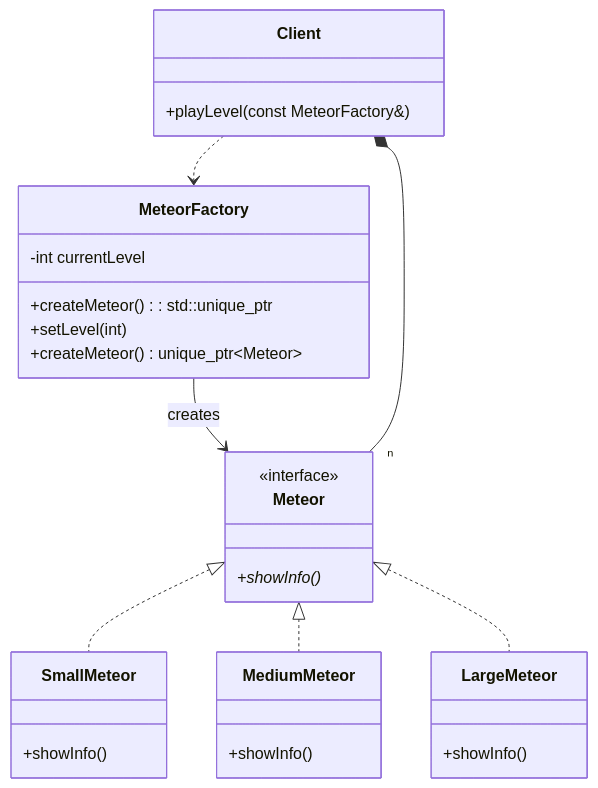
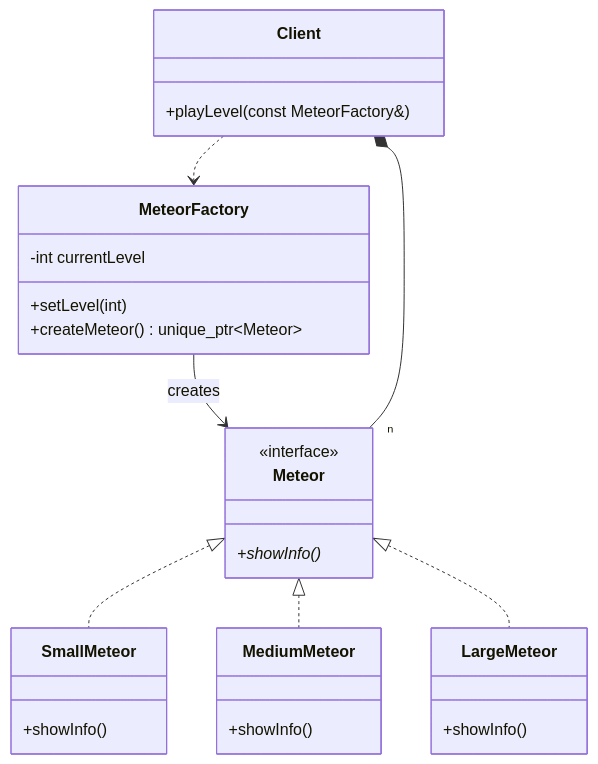
Before and after one commit to Cichlidfishexigency721/Modern-CPP-Design-Patterns: the diagram in 02_FactoryMethod/SimpleFactoryMethod/diagram.md, drawn with Mermaid.

Commit message:
UML improvement

````diff
--- a/02_FactoryMethod/SimpleFactoryMethod/diagram.md
+++ b/02_FactoryMethod/SimpleFactoryMethod/diagram.md
@@ -3,40 +3,37 @@
 ```mermaid
 classDiagram
     class Meteor {
         <<interface>>
         +showInfo()*
     }
     class SmallMeteor {
         +showInfo()
     }
     class MediumMeteor {
         +showInfo()
     }
     class LargeMeteor {
         +showInfo()
     }
 
     class MeteorFactory {
         -int currentLevel
-        +createMeteor() : std::unique_ptr<Meteor> 
         +setLevel(int)
         +createMeteor() unique_ptr~Meteor~
     }
 
     class Client {
         +playLevel(const MeteorFactory&)
     }
 
     Meteor <|.. SmallMeteor
     Meteor <|.. MediumMeteor
     Meteor <|.. LargeMeteor
 
     %% The Factory creates specific concrete products based on its internal state
     MeteorFactory --> Meteor : creates
-    %%MeteorFactory --> MediumMeteor : creates
-    %%MeteorFactory --> LargeMeteor : creates
     
     %% Client relies on the single concrete factory and the abstract product
     Client ..> MeteorFactory
     Client *-- "n" Meteor
 ```
````
